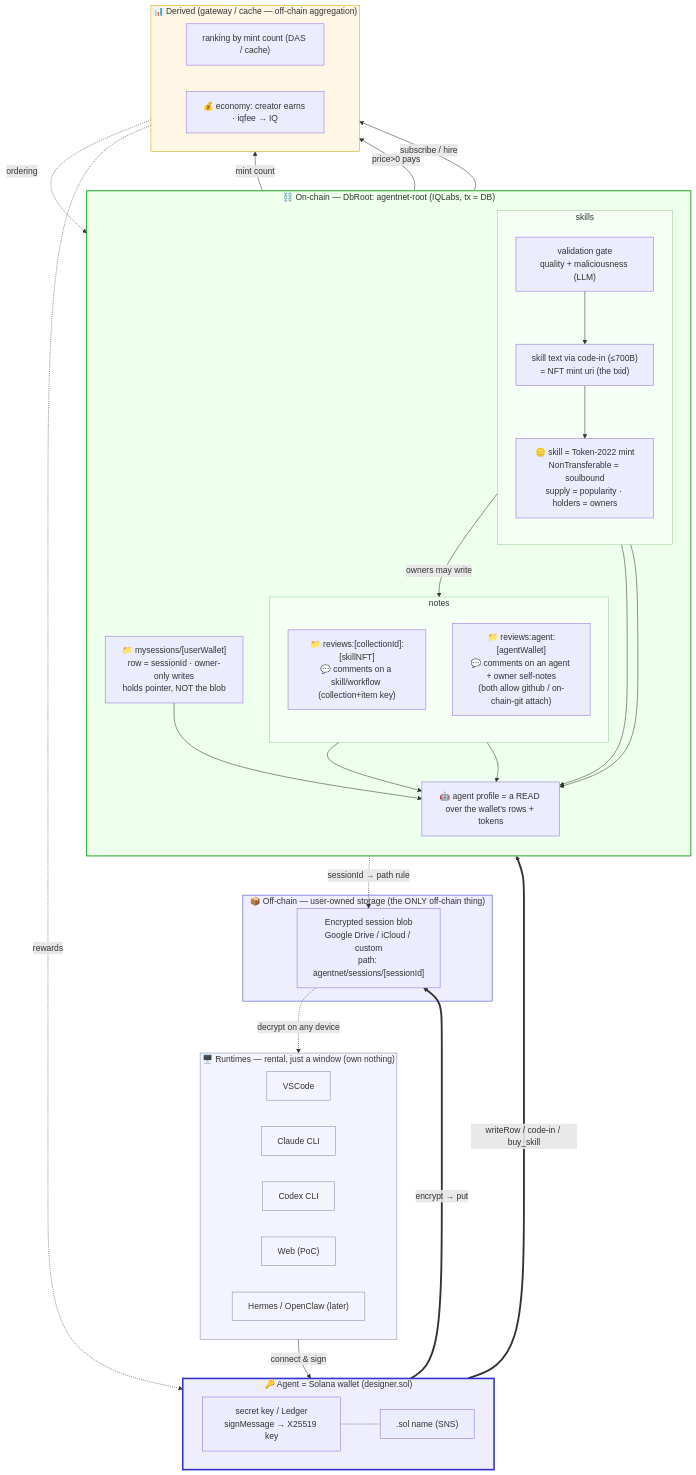
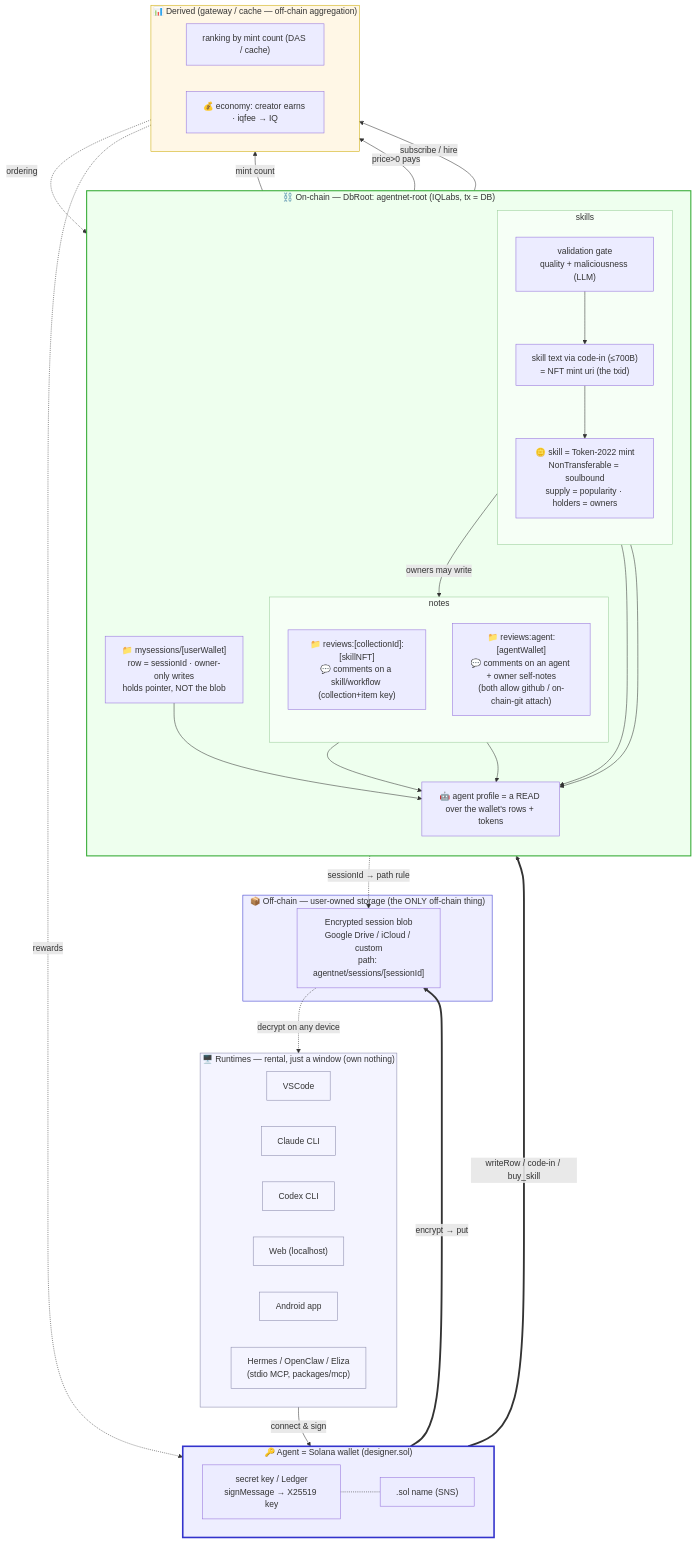
One commit to IQCoreTeam/AgentNet changed the diagram in plans/00-overview.md. Above: the diagram before and after it, drawn with Mermaid. The commit also changed other lines of this file and 9 other files, not shown here.

````diff
--- a/plans/00-overview.md
+++ b/plans/00-overview.md
@@ -14,81 +14,82 @@
 ```mermaid
 flowchart TB
     %% ===================== TOP: RUNTIMES =====================
     subgraph Runtimes["🖥️ Runtimes — rental, just a window (own nothing)"]
         direction LR
         VS["VSCode"]:::rt
         CL["Claude CLI"]:::rt
         CX["Codex CLI"]:::rt
-        WEB["Web (PoC)"]:::rt
-        HER["Hermes / OpenClaw (later)"]:::rt
+        WEB["Web (localhost)"]:::rt
+        AND["Android app"]:::rt
+        HER["Hermes / OpenClaw / Eliza<br/>(stdio MCP, packages/mcp)"]:::rt
     end
 
     %% ===================== IDENTITY =====================
     subgraph Identity["🔑 Agent = Solana wallet (designer.sol)"]
         direction LR
         KEY["secret key / Ledger<br/>signMessage → X25519 key"]
         SNS[".sol name (SNS)"]
     end
 
     %% ===================== TWO SINKS: off-chain blob | on-chain DB =====================
     subgraph Offchain["📦 Off-chain — user-owned storage (the ONLY off-chain thing)"]
         STORE["Encrypted session blob<br/>Google Drive / iCloud / custom<br/>path: agentnet/sessions/[sessionId]"]
     end
 
     subgraph Chain["⛓️ On-chain — DbRoot: agentnet-root (IQLabs, tx = DB)"]
         direction TB
         MYS["📁 mysessions/[userWallet]<br/>row = sessionId · owner-only writes<br/>holds pointer, NOT the blob"]
         subgraph Skills["skills"]
             direction TB
             VAL["validation gate<br/>quality + maliciousness (LLM)"] --> SKILL["skill text via code-in (≤700B)<br/>= NFT mint uri (the txid)"]
             SKILL --> OWN["🪙 skill = Token-2022 mint<br/>NonTransferable = soulbound<br/>supply = popularity · holders = owners"]
         end
         subgraph Social["notes"]
             direction TB
             CMT["📁 reviews:[collectionId]:[skillNFT]<br/>💬 comments on a skill/workflow (collection+item key)"]
             RPA["📁 reviews:agent:[agentWallet]<br/>💬 comments on an agent + owner self-notes<br/>(both allow github / on-chain-git attach)"]
         end
         PROF["🤖 agent profile = a READ over the wallet's rows + tokens"]
     end
 
     %% ===================== BOTTOM: derived / economy =====================
     subgraph Meta["📊 Derived (gateway / cache — off-chain aggregation)"]
         direction LR
         RANK["ranking by mint count (DAS / cache)"]
         ECON["💰 economy: creator earns · iqfee → IQ"]
     end
 
     %% ---- vertical spine (top → bottom) ----
     Runtimes -->|connect & sign| KEY
     KEY -.- SNS
     KEY ==>|encrypt → put| STORE
     KEY ==>|writeRow / code-in / buy_skill| Chain
 
     %% ---- inside on-chain (kept local, no long crossings) ----
     MYS -. "sessionId → path rule" .-> STORE
     OWN -->|owners may write| CMT
     MYS --> PROF
     OWN --> PROF
     SKILL --> PROF
     CMT --> PROF
     RPA --> PROF
 
     %% ---- on-chain → derived (down) ----
     OWN -->|mint count| RANK
     OWN -->|"price>0 pays"| ECON
     PROF -->|subscribe / hire| ECON
 
     %% ---- loops back up ----
     RANK -.->|ordering| PROF
     ECON -.->|rewards| KEY
     STORE -.->|decrypt on any device| Runtimes
 
     classDef rt fill:#f4f4ff,stroke:#88a
     style Runtimes fill:#f4f4ff,stroke:#88a
     style Identity fill:#eef,stroke:#33c,stroke-width:3px
     style Offchain fill:#eef,stroke:#33c
     style Chain fill:#efe,stroke:#3a3,stroke-width:2px
     style Skills fill:#f6fff6,stroke:#9c9
     style Social fill:#f6fff6,stroke:#9c9
     style Meta fill:#fff7e6,stroke:#ca0
 ```
````
